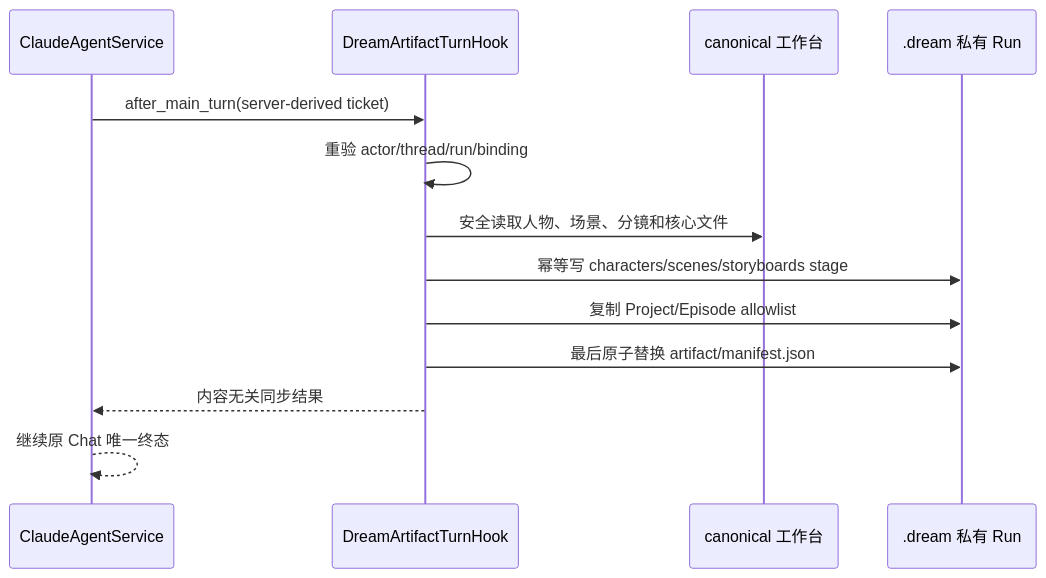
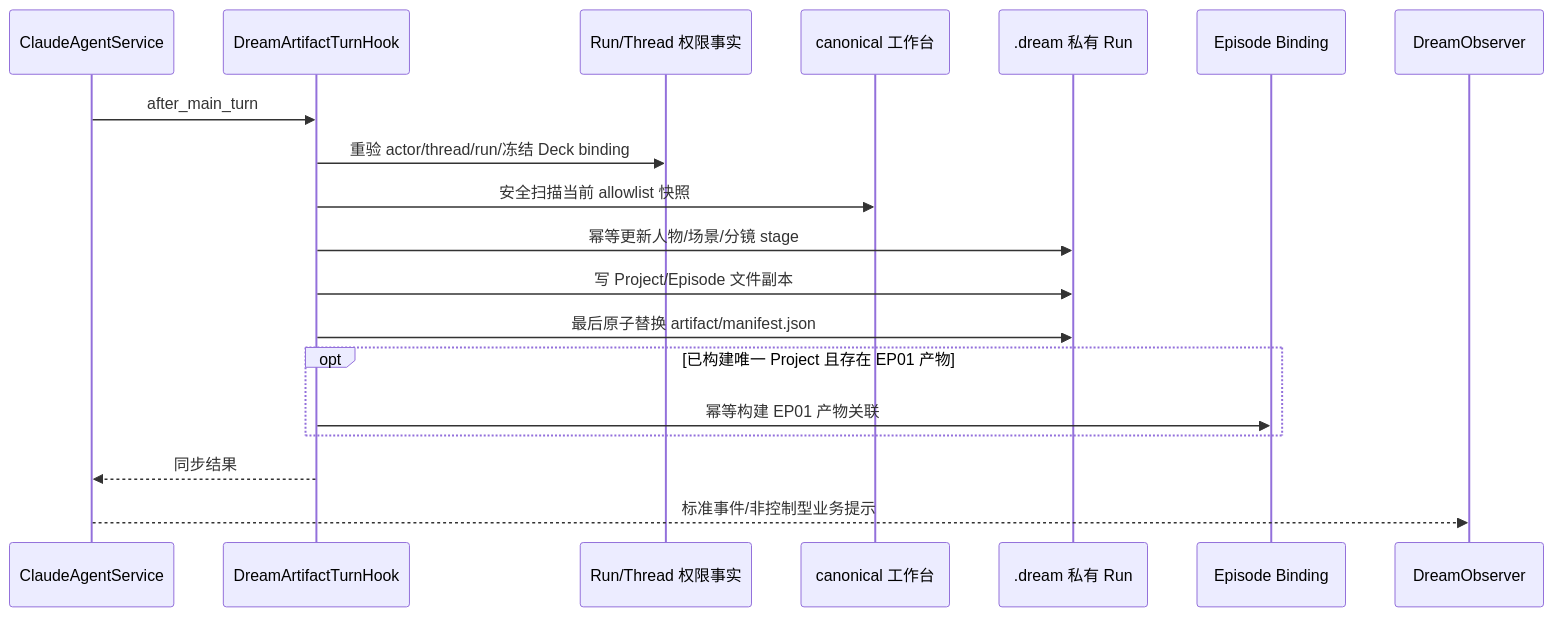
The fourth of 8 diagrams in docs/design/dream-agent/business-interaction-design.md (glide-the/im-dream), drawn with Mermaid before and after one commit. The commit also changed other lines of this file and 99 other files, not shown here.

Commit message:
refactor(dream): replace episode state machine with skill hooks

````diff
--- a/docs/design/dream-agent/business-interaction-design.md
+++ b/docs/design/dream-agent/business-interaction-design.md
@@ -56,16 +124,22 @@
 ```mermaid
 sequenceDiagram
     participant S as ClaudeAgentService
     participant H as DreamArtifactTurnHook
+    participant DB as Run/Thread 权限事实
     participant W as canonical 工作台
     participant P as .dream 私有 Run
+    participant B as Episode Binding
+    participant O as DreamObserver
 
-    S->>H: after_main_turn(server-derived ticket)
-    H->>H: 重验 actor/thread/run/binding
-    H->>W: 安全读取人物、场景、分镜和核心文件
-    H->>P: 幂等写 characters/scenes/storyboards stage
-    H->>P: 复制 Project/Episode allowlist
+    S->>H: after_main_turn
+    H->>DB: 重验 actor/thread/run/冻结 Deck binding
+    H->>W: 安全扫描当前 allowlist 快照
+    H->>P: 幂等更新人物/场景/分镜 stage
+    H->>P: 写 Project/Episode 文件副本
     H->>P: 最后原子替换 artifact/manifest.json
-    H-->>S: 内容无关同步结果
-    S-->>S: 继续原 Chat 唯一终态
+    opt 已构建唯一 Project 且存在 EP01 产物
+        H->>B: 幂等构建 EP01 产物关联
+    end
+    H-->>S: 同步结果
+    S-->>O: 标准事件/非控制型业务提示
 ```
````
